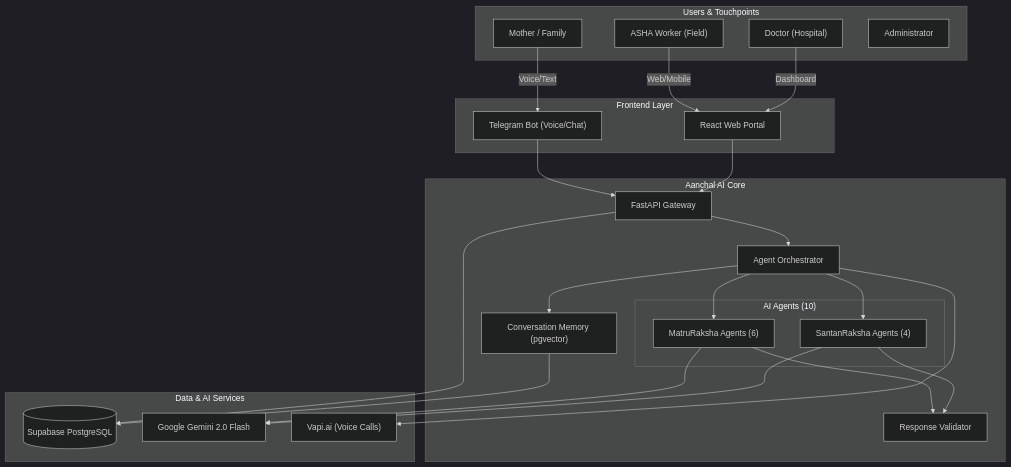
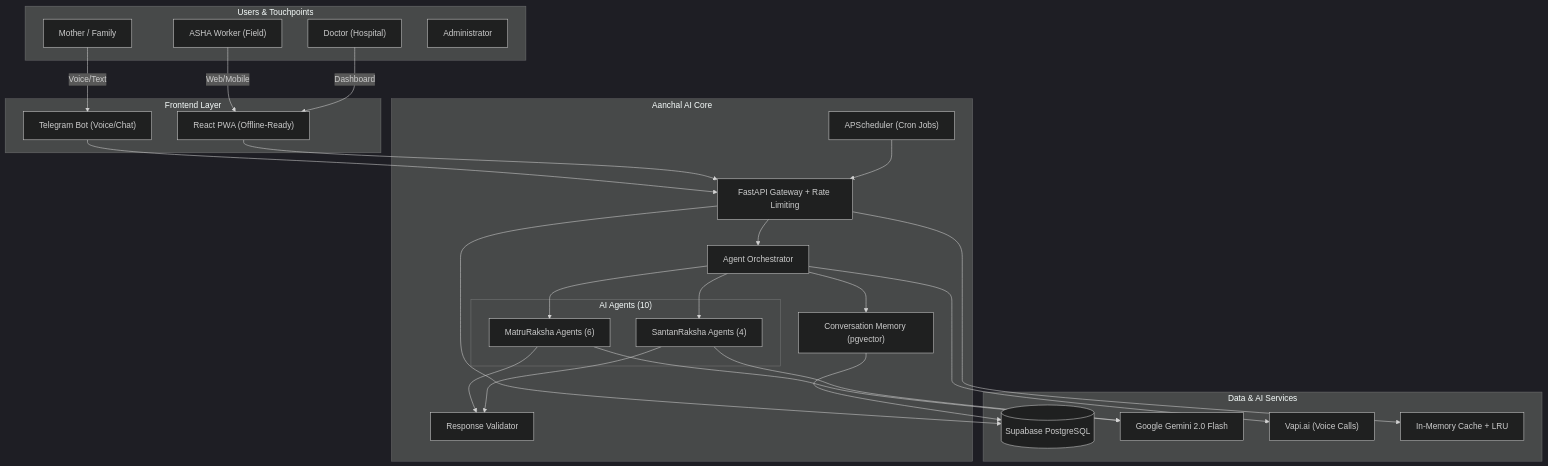
One commit to AIUtsavBot/aanchal_ai changed the diagram in README.md. Above: the diagram before and after it, drawn with Mermaid (dark theme). The commit also changed other lines of this file, not shown here.

Commit message:
docs: update README with all new features (PWA, analytics, rate limiting, security)

````diff
--- a/README.md
+++ b/README.md
@@ -82,54 +101,58 @@
 ```mermaid
 graph TD
     subgraph "Users & Touchpoints"
         Mother["Mother / Family"]
         ASHA["ASHA Worker (Field)"]
         Doctor["Doctor (Hospital)"]
         Admin["Administrator"]
     end
 
     subgraph "Frontend Layer"
-        WebPC["React Web Portal"]
+        WebPC["React PWA (Offline-Ready)"]
         Telegram["Telegram Bot (Voice/Chat)"]
     end
 
     subgraph "Aanchal AI Core"
-        API["FastAPI Gateway"]
+        API["FastAPI Gateway + Rate Limiting"]
         Orch["Agent Orchestrator"]
         Memory["Conversation Memory (pgvector)"]
         Validator["Response Validator"]
+        Scheduler["APScheduler (Cron Jobs)"]
         
         subgraph "AI Agents (10)"
             Maternal["MatruRaksha Agents (6)"]
             Child["SantanRaksha Agents (4)"]
         end
     end
 
     subgraph "Data & AI Services"
         DB[("Supabase PostgreSQL")]
         Gemini["Google Gemini 2.0 Flash"]
         Vapi["Vapi.ai (Voice Calls)"]
+        Cache["In-Memory Cache + LRU"]
     end
 
     %% Flows
     Mother -->|Voice/Text| Telegram
     ASHA -->|Web/Mobile| WebPC
     Doctor -->|Dashboard| WebPC
     
     Telegram --> API
     WebPC --> API
     
     API --> Orch
     Orch --> Memory
     Orch --> Maternal
     Orch --> Child
     Maternal --> Validator
     Child --> Validator
     
     Maternal --> Gemini
     Child --> Gemini
     
     API --> DB
     Memory --> DB
     Orch --> Vapi
+    Scheduler --> API
+    API --> Cache
 ```
````
